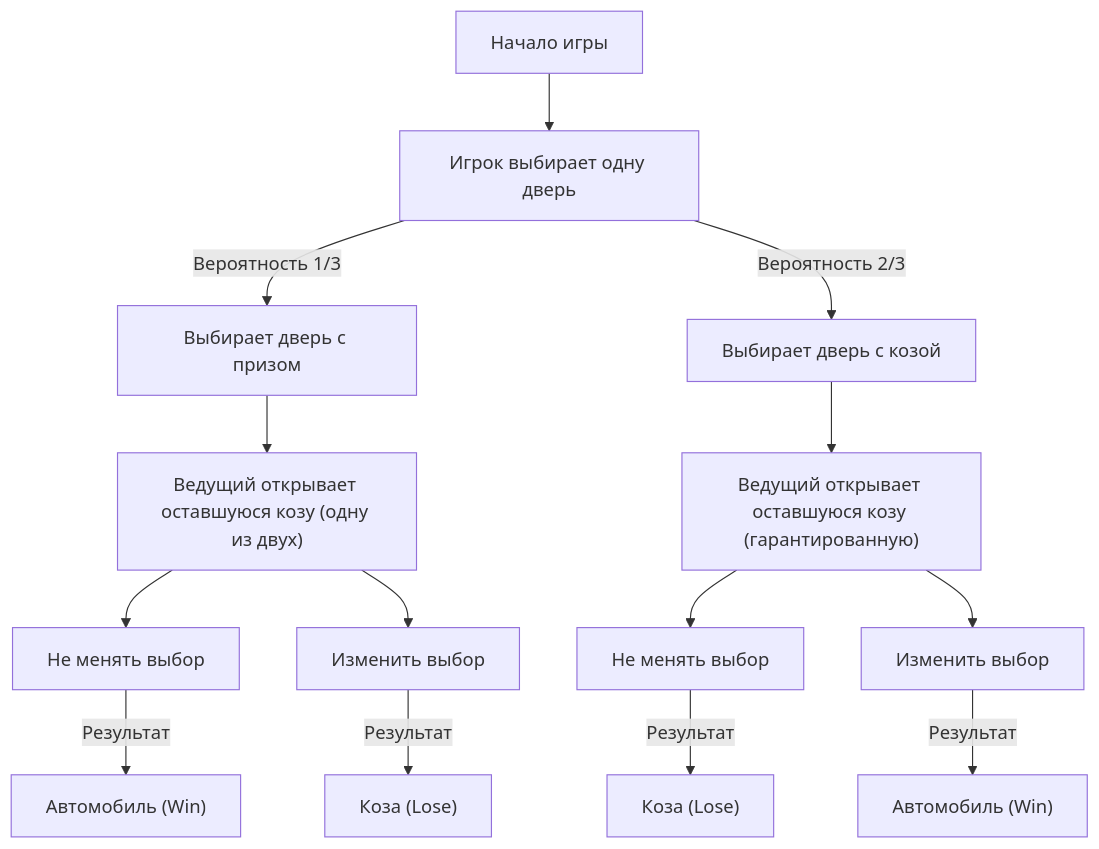
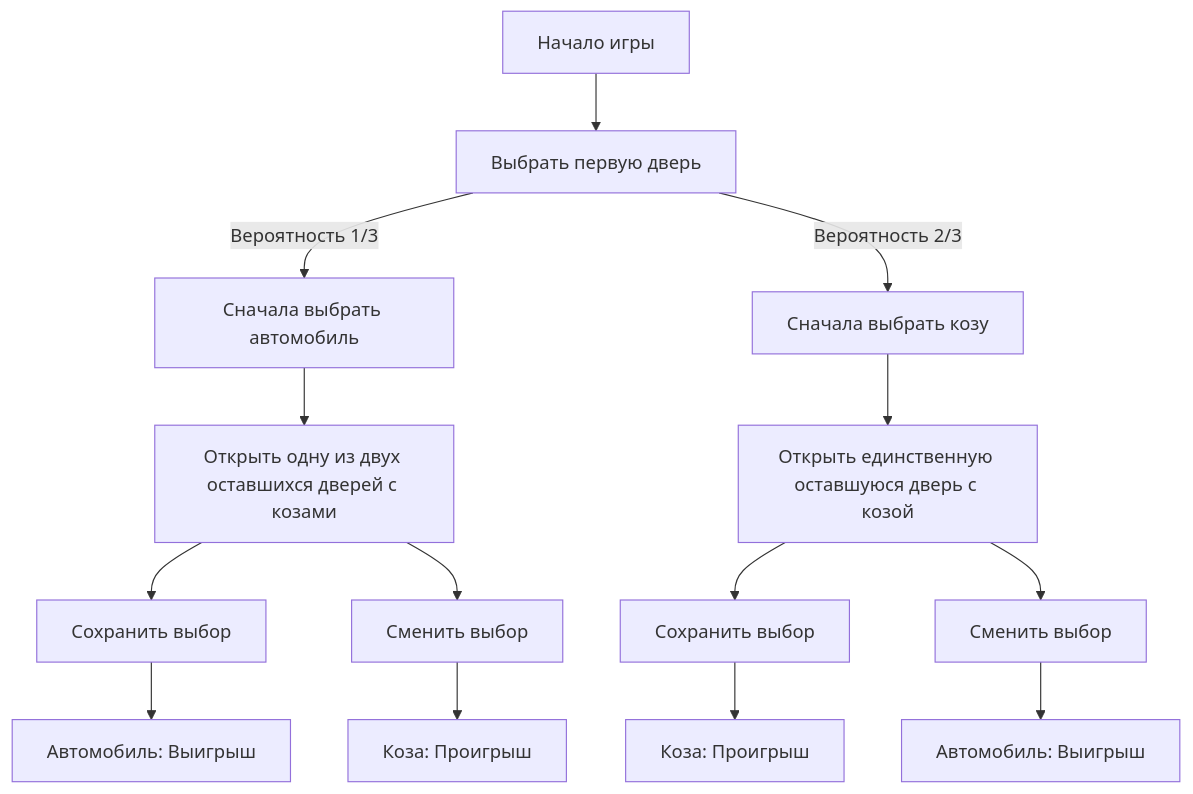
The first of 2 diagrams in content/post/paradox-monty-hall-problem/index.ru.md (kenjinote/blog), drawn with Mermaid before and after one commit. The commit also changed other lines of this file and 8 other files, not shown here.

````diff
--- a/content/post/paradox-monty-hall-problem/index.ru.md
+++ b/content/post/paradox-monty-hall-problem/index.ru.md
@@ -97,21 +53,16 @@
 ```mermaid
 flowchart TD
-    Start["Начало игры"] --> Choose["Игрок выбирает одну дверь"]
-    Choose -- "Вероятность 1/3" --> ChooseCar["Выбирает дверь с призом"]
-    Choose -- "Вероятность 2/3" --> ChooseGoat["Выбирает дверь с козой"]
-    
-    ChooseCar --> MontyOpensGoat1["Ведущий открывает оставшуюся козу (одну из двух)"]
-    ChooseGoat --> MontyOpensGoat2["Ведущий открывает оставшуюся козу (гарантированную)"]
-    
-    MontyOpensGoat1 --> Stay1["Не менять выбор"]
-    MontyOpensGoat1 --> Switch1["Изменить выбор"]
-    
-    MontyOpensGoat2 --> Stay2["Не менять выбор"]
-    MontyOpensGoat2 --> Switch2["Изменить выбор"]
-    
-    Stay1 -- "Результат" --> Win1["Автомобиль (Win)"]
-    Switch1 -- "Результат" --> Lose1["Коза (Lose)"]
-    
-    Stay2 -- "Результат" --> Lose2["Коза (Lose)"]
-    Switch2 -- "Результат" --> Win2["Автомобиль (Win)"]
+    Start["Начало игры"] --> Choose["Выбрать первую дверь"]
+    Choose -- "Вероятность 1/3" --> ChooseCar["Сначала выбрать автомобиль"]
+    Choose -- "Вероятность 2/3" --> ChooseGoat["Сначала выбрать козу"]
+    ChooseCar --> MontyOpensGoat1["Открыть одну из двух оставшихся дверей с козами"]
+    ChooseGoat --> MontyOpensGoat2["Открыть единственную оставшуюся дверь с козой"]
+    MontyOpensGoat1 --> Stay1["Сохранить выбор"]
+    MontyOpensGoat1 --> Switch1["Сменить выбор"]
+    MontyOpensGoat2 --> Stay2["Сохранить выбор"]
+    MontyOpensGoat2 --> Switch2["Сменить выбор"]
+    Stay1 --> Win1["Автомобиль: Выигрыш"]
+    Switch1 --> Lose1["Коза: Проигрыш"]
+    Stay2 --> Lose2["Коза: Проигрыш"]
+    Switch2 --> Win2["Автомобиль: Выигрыш"]
 ```
````
